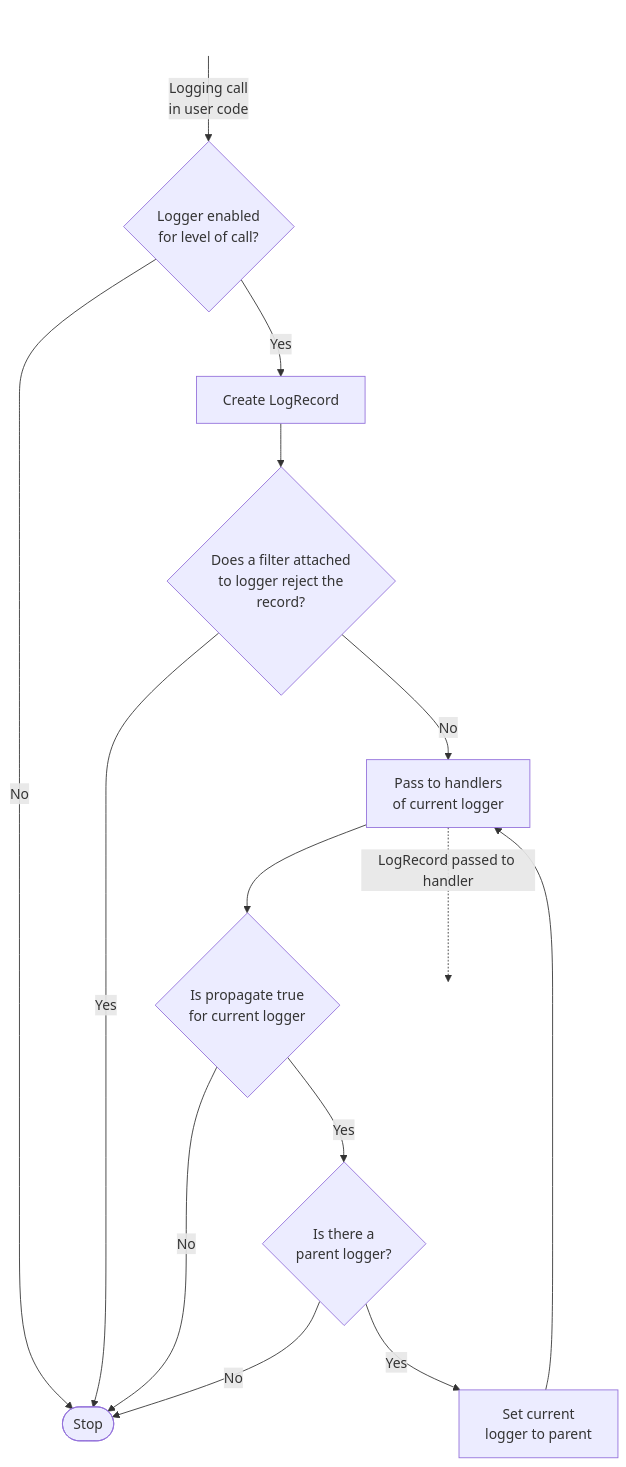
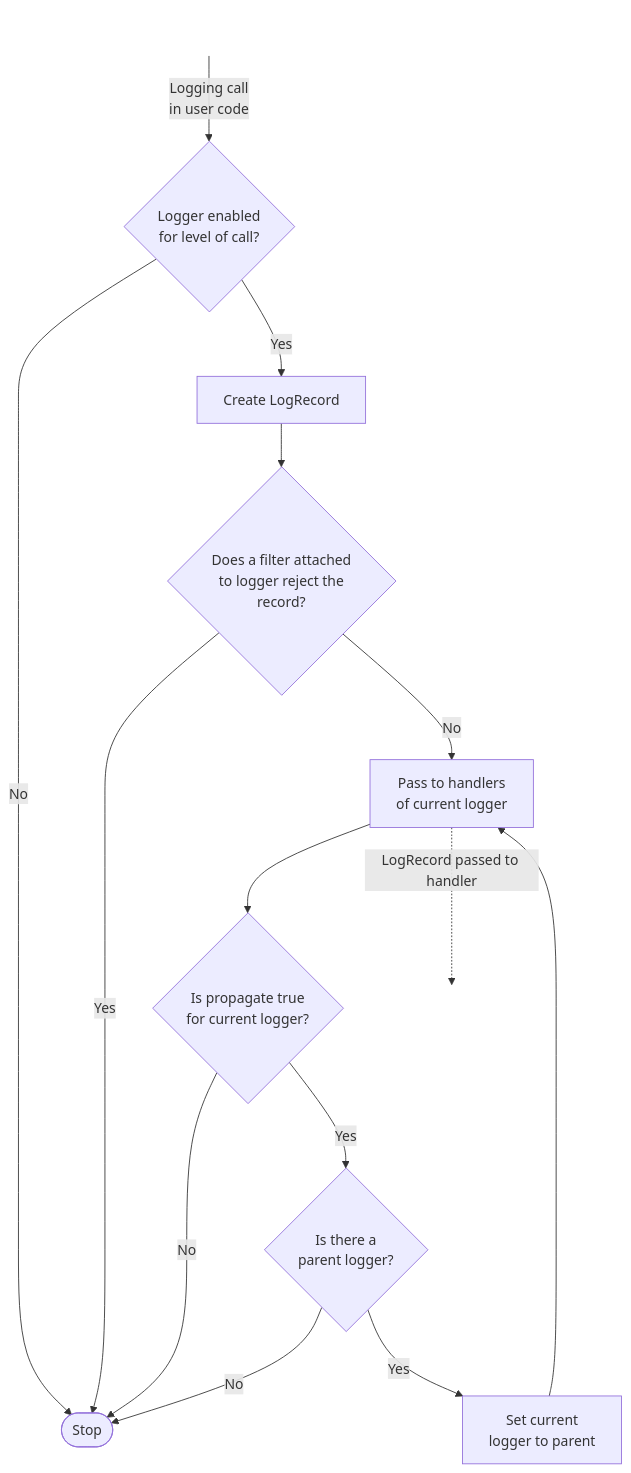
One commit to trungleduc/cosapp changed the first of 4 diagrams in docs/developer/logger.rst. Above: the diagram before and after it, drawn with Mermaid. The commit also changed other lines of this file, not shown here.

Commit message:
Fix errors in `logger.rst`

```diff
--- a/docs/developer/logger.rst
+++ b/docs/developer/logger.rst
@@ -21,28 +21,28 @@
 .. mermaid::
 
    graph TD
       style startlog fill:#00000000,stroke:#00000000,color:#00000000
       style handlerflow fill:#00000000,stroke:#00000000,color:#00000000
       logenable{Logger enabled<br />for level of call?}
       create[Create LogRecord]
-      filter{Does a filter attached<br />to logger reject the<br />record?}
+      rejected{Does a filter attached<br />to logger reject the<br />record?}
       tocurrent[Pass to handlers<br />of current logger]
-      propagate{Is propagate true<br />for current logger}
+      propagate{Is propagate true<br />for current logger?}
       parent{Is there a<br />parent logger?}
       setcurrent[Set current<br />logger to parent]
       stop([Stop])
 
       startlog-->|Logging call<br />in user code|logenable
       logenable-->|No|stop
       logenable-->|Yes|create
-      create-->filter
-      filter-->|Yes|stop
-      filter-->|No|tocurrent
+      create-->rejected
+      rejected-->|Yes|stop
+      rejected-->|No|tocurrent
       tocurrent-->propagate
       propagate-->|No|stop
       propagate-->|Yes|parent
       parent-->|No|stop
       parent-->|Yes|setcurrent
       setcurrent-->tocurrent
 
       tocurrent-. LogRecord passed to handler .->handlerflow
```
